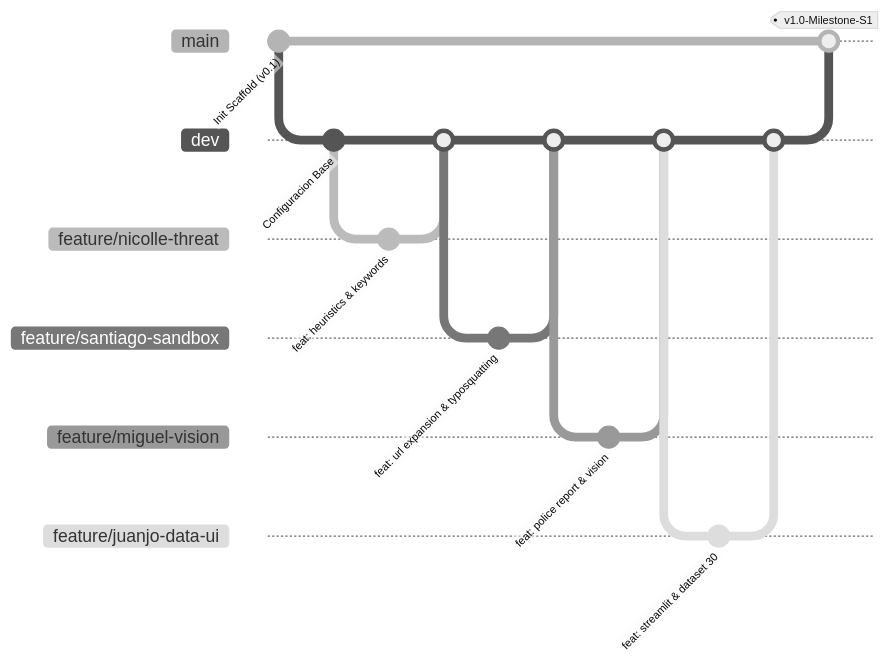
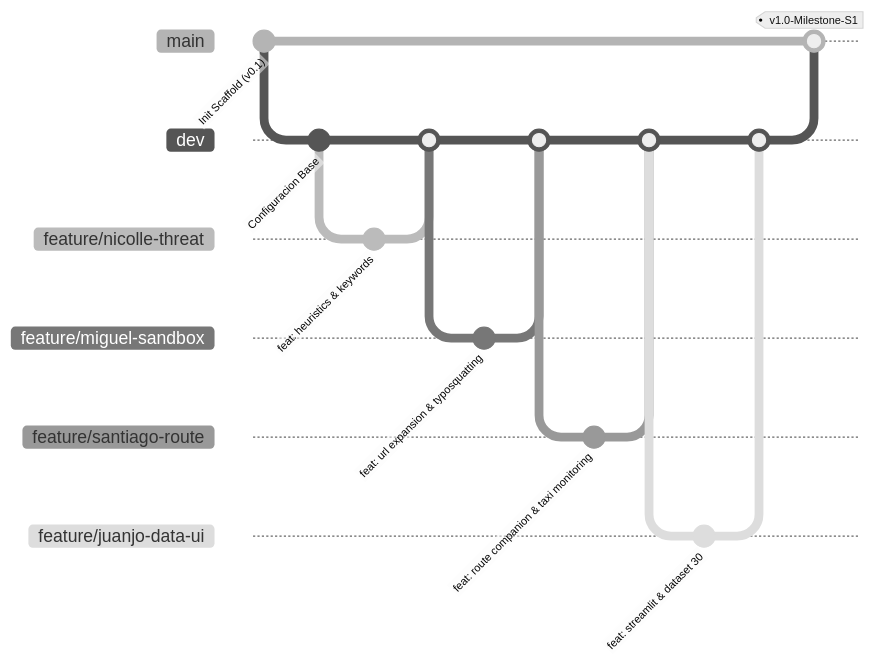
One commit to fcaguileraj7-camp/codixia-sentinel_reto changed the second of 2 diagrams in MASTER_PLAN_CODIXIA.md. Above: the diagram before and after it, drawn with Mermaid (neutral theme). The commit also changed other lines of this file and 6 other files, not shown here.

Commit message:
docs(roles): assign Miguel to Rol 2 (Network Sandbox) and Santiago to Rol 3 (Route Companion)

````diff
--- a/MASTER_PLAN_CODIXIA.md
+++ b/MASTER_PLAN_CODIXIA.md
@@ -290,34 +322,34 @@
 ```mermaid
 gitGraph
     commit id: "Init Scaffold (v0.1)"
     branch dev
     checkout dev
     commit id: "Configuracion Base"
     
     branch feature/nicolle-threat
     checkout feature/nicolle-threat
     commit id: "feat: heuristics & keywords"
     checkout dev
     merge feature/nicolle-threat
     
-    branch feature/santiago-sandbox
-    checkout feature/santiago-sandbox
+    branch feature/miguel-sandbox
+    checkout feature/miguel-sandbox
     commit id: "feat: url expansion & typosquatting"
     checkout dev
-    merge feature/santiago-sandbox
+    merge feature/miguel-sandbox
     
-    branch feature/miguel-vision
-    checkout feature/miguel-vision
-    commit id: "feat: police report & vision"
+    branch feature/santiago-route
+    checkout feature/santiago-route
+    commit id: "feat: route companion & taxi monitoring"
     checkout dev
-    merge feature/miguel-vision
+    merge feature/santiago-route
     
     branch feature/juanjo-data-ui
     checkout feature/juanjo-data-ui
     commit id: "feat: streamlit & dataset 30"
     checkout dev
     merge feature/juanjo-data-ui
     
     checkout main
     merge dev tag: "v1.0-Milestone-S1"
 ```
````
